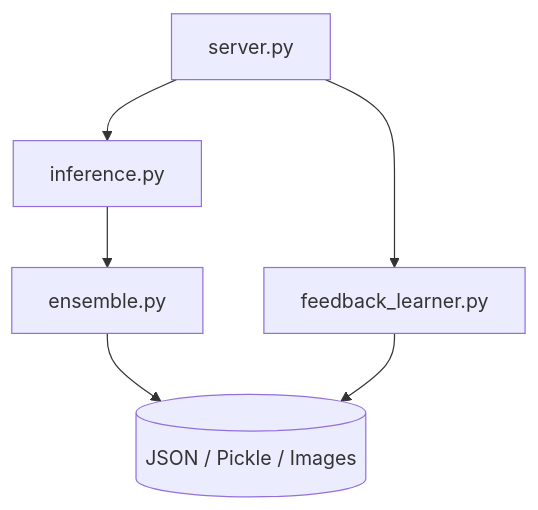
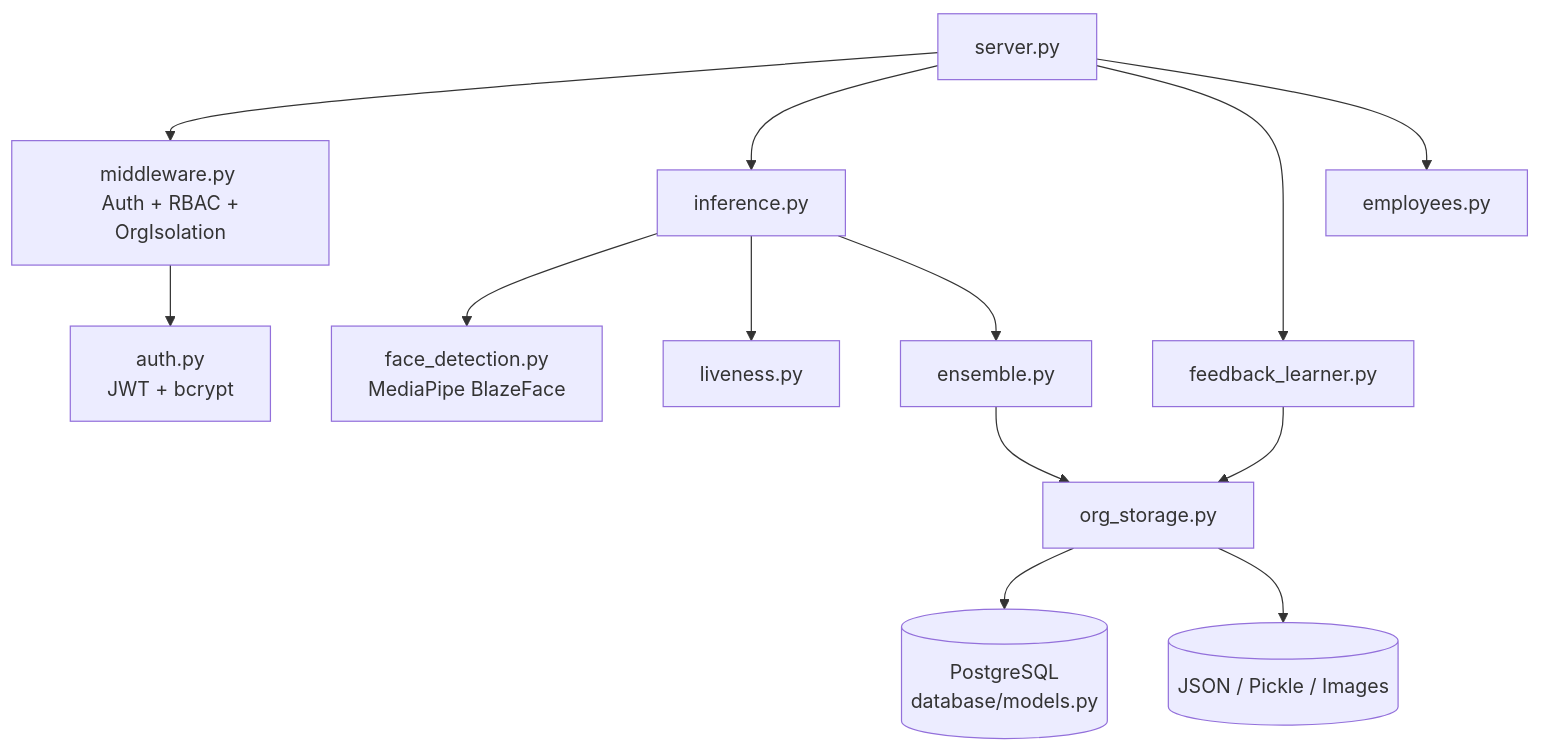
One commit to PrashantTarbundiya/RMS changed the third of 3 diagrams in docs/01_Architecture.md. Above: the diagram before and after it, drawn with Mermaid. The commit also changed other lines of this file and 33 other files, not shown here.

Commit message:
feat: implement robust security architecture, multi-tenant isolation, and automated update management system

````diff
--- a/docs/01_Architecture.md
+++ b/docs/01_Architecture.md
@@ -92,14 +142,28 @@
 ```mermaid
 graph TD
     API[server.py]
+    MW[middleware.py <br/> Auth + RBAC + OrgIsolation]
+    AUTH[auth.py <br/> JWT + bcrypt]
     INF[inference.py]
     ENS[ensemble.py]
     FB[feedback_learner.py]
-    DB[(JSON / Pickle / Images)]
+    LV[liveness.py]
+    FD[face_detection.py <br/> MediaPipe BlazeFace]
+    EMP[employees.py]
+    OS[org_storage.py]
+    DB[(PostgreSQL <br/> database/models.py)]
+    FS[(JSON / Pickle / Images)]
 
+    API --> MW
+    MW --> AUTH
     API --> INF
     API --> FB
+    API --> EMP
+    INF --> FD
+    INF --> LV
     INF --> ENS
-    ENS --> DB
-    FB --> DB
+    ENS --> OS
+    OS --> DB
+    OS --> FS
+    FB --> OS
 ```
````
